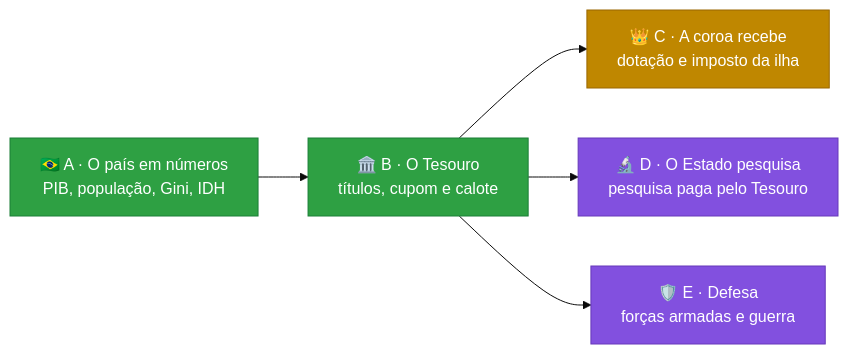
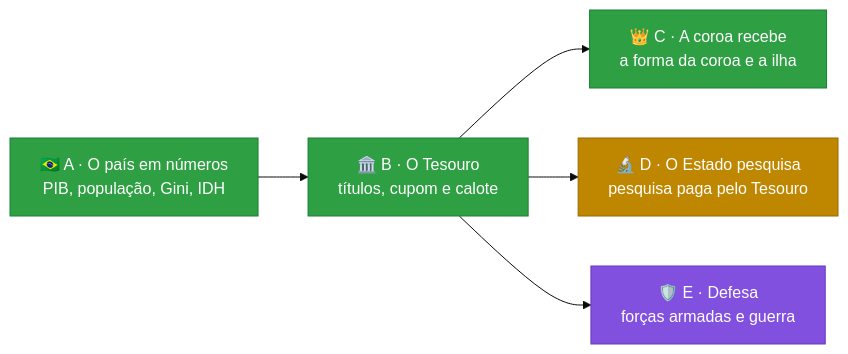
Before and after one commit to Lhordriyon/Calculadora-Viva: the diagram in README.md, drawn with Mermaid (base theme). The commit also changed other lines of this file and 1 other file, not shown here.

````diff
--- a/README.md
+++ b/README.md
@@ -52,10 +50,10 @@
 ```mermaid
 flowchart LR
   A["🇧🇷 A · O país em números<br/>PIB, população, Gini, IDH"]:::feito --> B["🏛️ B · O Tesouro<br/>títulos, cupom e calote"]:::feito
-  B --> C["👑 C · A coroa recebe<br/>dotação e imposto da ilha"]:::proximo
-  B --> D["🔬 D · O Estado pesquisa<br/>pesquisa paga pelo Tesouro"]:::depois
+  B --> C["👑 C · A coroa recebe<br/>a forma da coroa e a ilha"]:::feito
+  B --> D["🔬 D · O Estado pesquisa<br/>pesquisa paga pelo Tesouro"]:::proximo
   B --> E["🛡️ E · Defesa<br/>forças armadas e guerra"]:::depois
   classDef feito fill:#2ea043,stroke:#1a7f37,color:#fff
   classDef proximo fill:#bf8700,stroke:#9a6700,color:#fff
   classDef depois fill:#8250df,stroke:#6639ba,color:#fff
 ```
````
